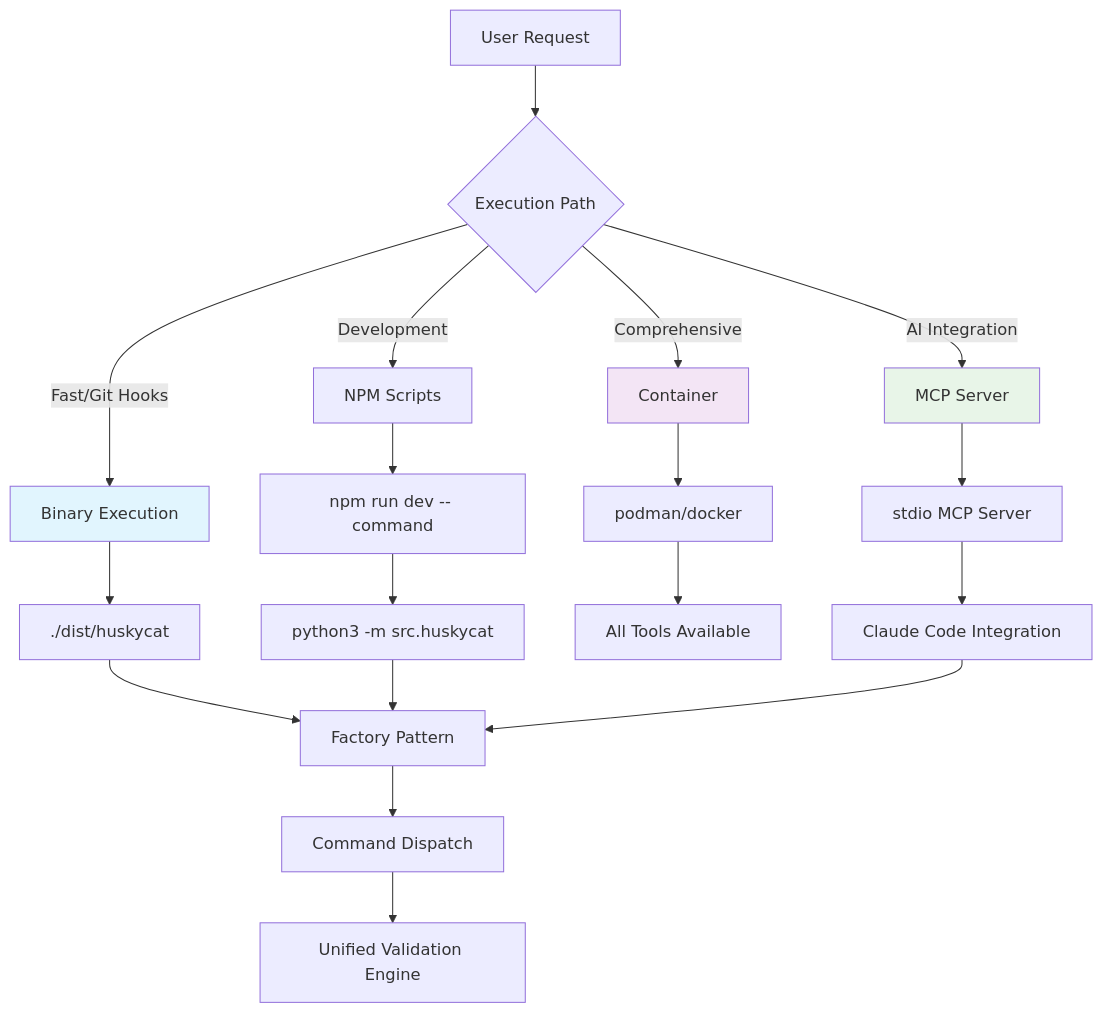
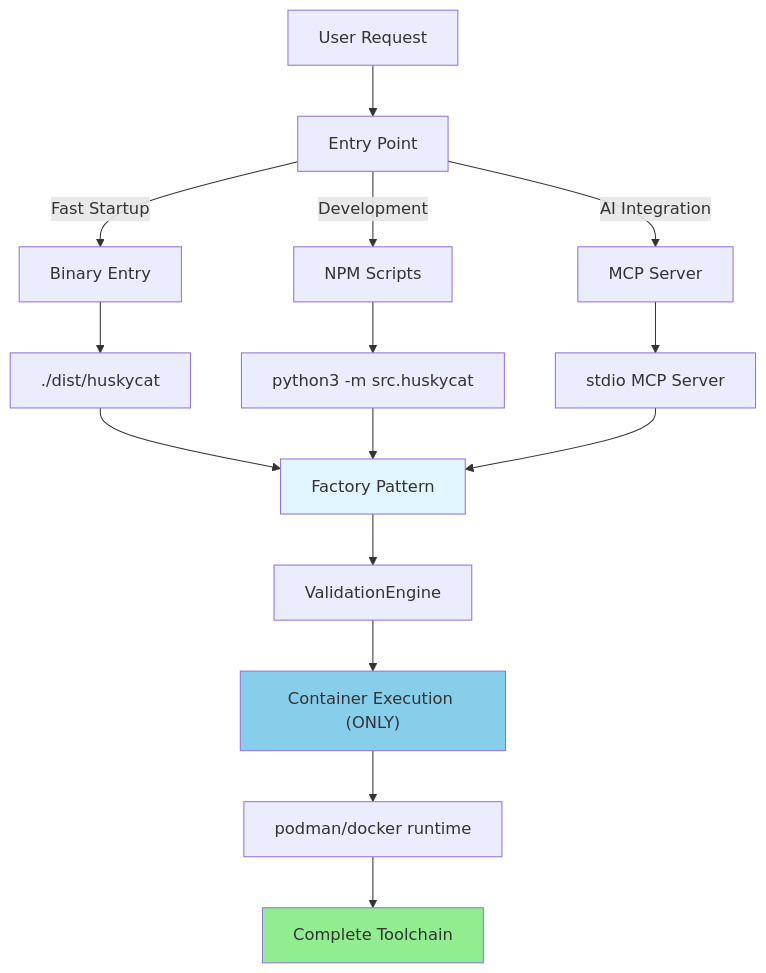
The second of 4 diagrams in CLAUDE.md (Jesssullivan/tinyland-huskycat), drawn with Mermaid before and after one commit. The commit also changed other lines of this file and 11 other files, not shown here.

First line of the commit message:
feat: implement development-friendly validation with container-only execution

````diff
--- a/CLAUDE.md
+++ b/CLAUDE.md
@@ -68,30 +76,25 @@
 ```mermaid
 graph TD
-    A["User Request"] --> B{"Execution Path"}
+    A["User Request"] --> B["Entry Point"]
     
-    B -->|"Fast/Git Hooks"| C["Binary Execution"]
+    B -->|"Fast Startup"| C["Binary Entry"]
     B -->|"Development"| D["NPM Scripts"]
-    B -->|"Comprehensive"| E["Container"]
-    B -->|"AI Integration"| F["MCP Server"]
+    B -->|"AI Integration"| E["MCP Server"]
     
-    C --> G["./dist/huskycat"]
-    G --> H["Factory Pattern"]
+    C --> F["./dist/huskycat"]
+    D --> G["python3 -m src.huskycat"]
+    E --> H["stdio MCP Server"]
     
-    D --> I["npm run dev -- command"]
-    I --> J["python3 -m src.huskycat"]
-    J --> H
+    F --> I["Factory Pattern"]
+    G --> I
+    H --> I
     
-    E --> K["podman/docker"]
-    K --> L["All Tools Available"]
+    I --> J["ValidationEngine"]
+    J --> K["Container Execution (ONLY)"]
+    K --> L["podman/docker runtime"]
+    L --> M["Complete Toolchain"]
     
-    F --> M["stdio MCP Server"]
-    M --> N["Claude Code Integration"]
-    N --> H
-    
-    H --> O["Command Dispatch"]
-    O --> P["Unified Validation Engine"]
-    
-    style C fill:#e1f5fe
-    style E fill:#f3e5f5
-    style F fill:#e8f5e8
+    style K fill:#87CEEB
+    style M fill:#90EE90
+    style I fill:#e1f5fe
 ```
````
